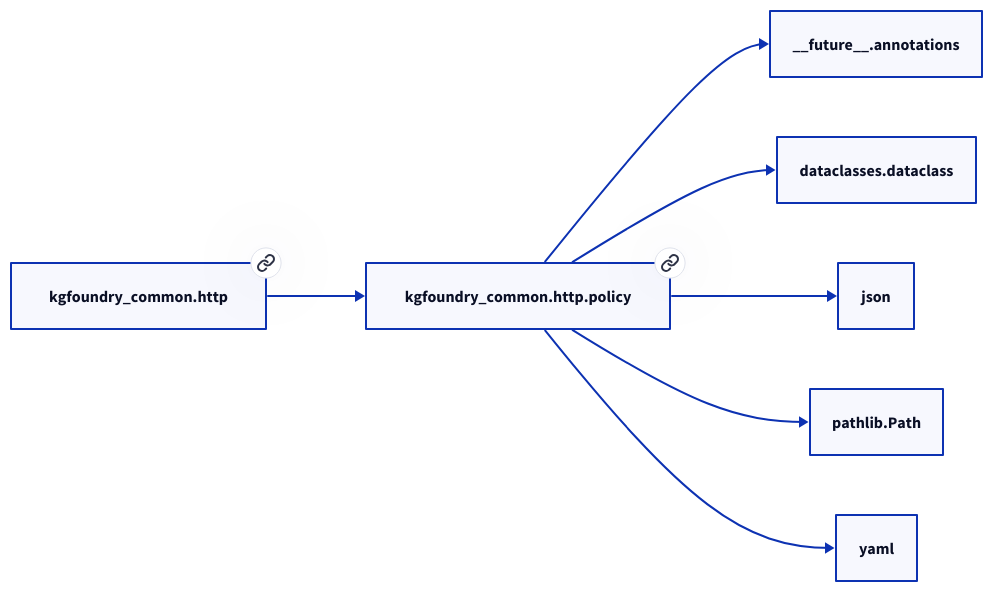
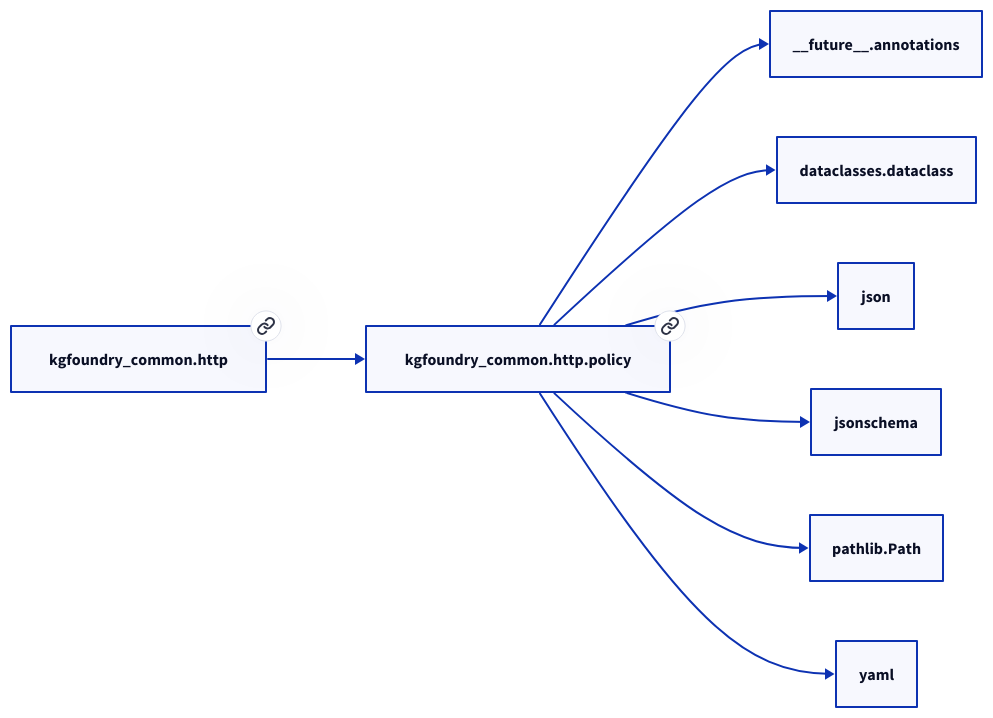
Before and after one commit to paul-heyse/kgforge: the second of 2 diagrams in docs/modules/kgfoundry_common/http/policy.md, drawn with D2. The commit also changed other lines of this file and 45 other files, not shown here.

````diff
--- a/docs/modules/kgfoundry_common/http/policy.md
+++ b/docs/modules/kgfoundry_common/http/policy.md
@@ -52,16 +54,18 @@
 ```d2
 direction: right
 "kgfoundry_common.http.policy": "kgfoundry_common.http.policy" { link: "https://github.com/paul-heyse/kgfoundry/blob/main/src/kgfoundry_common/http/policy.py" }
 "__future__.annotations": "__future__.annotations"
 "kgfoundry_common.http.policy" -> "__future__.annotations"
 "dataclasses.dataclass": "dataclasses.dataclass"
 "kgfoundry_common.http.policy" -> "dataclasses.dataclass"
 "json": "json"
 "kgfoundry_common.http.policy" -> "json"
+"jsonschema": "jsonschema"
+"kgfoundry_common.http.policy" -> "jsonschema"
 "pathlib.Path": "pathlib.Path"
 "kgfoundry_common.http.policy" -> "pathlib.Path"
 "yaml": "yaml"
 "kgfoundry_common.http.policy" -> "yaml"
 "kgfoundry_common.http": "kgfoundry_common.http" { link: "https://github.com/paul-heyse/kgfoundry/blob/main/src/kgfoundry_common/http/__init__.py" }
 "kgfoundry_common.http" -> "kgfoundry_common.http.policy" { style: dashed }
 ```
````
